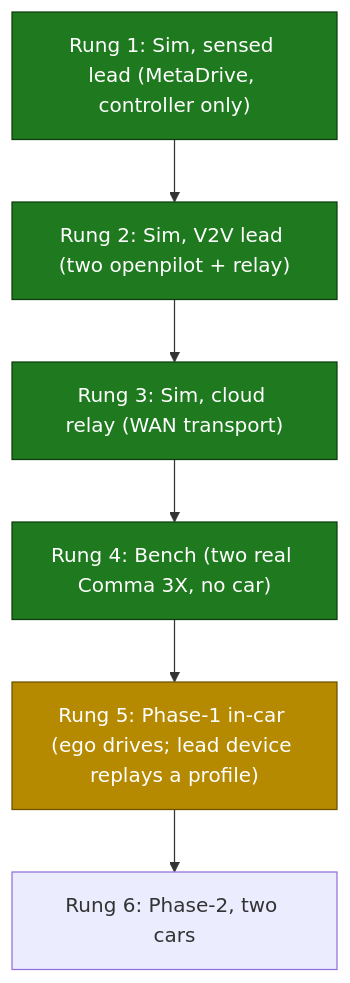
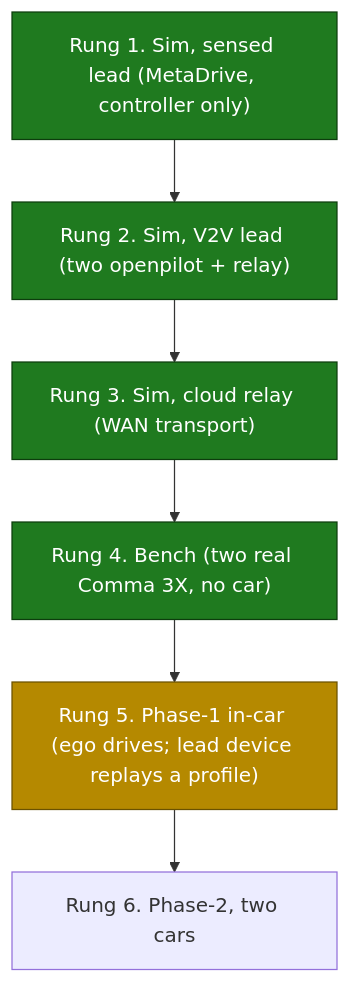
One commit to ethanmathias/portfolio changed the diagram in openpilot-hcc/README.md. Above: the diagram before and after it, drawn with Mermaid. The commit also changed other lines of this file and 3 other files, not shown here.

````diff
--- a/openpilot-hcc/README.md
+++ b/openpilot-hcc/README.md
@@ -36,14 +38,14 @@
 ```mermaid
 flowchart TB
-    R1["Rung 1: Sim, sensed lead (MetaDrive, controller only)"]
-    R2["Rung 2: Sim, V2V lead (two openpilot + relay)"]
-    R3["Rung 3: Sim, cloud relay (WAN transport)"]
-    R4["Rung 4: Bench (two real Comma 3X, no car)"]
-    R5["Rung 5: Phase-1 in-car (ego drives; lead device replays a profile)"]
-    R6["Rung 6: Phase-2, two cars"]
+    R1["Rung 1. Sim, sensed lead (MetaDrive, controller only)"]
+    R2["Rung 2. Sim, V2V lead (two openpilot + relay)"]
+    R3["Rung 3. Sim, cloud relay (WAN transport)"]
+    R4["Rung 4. Bench (two real Comma 3X, no car)"]
+    R5["Rung 5. Phase-1 in-car (ego drives; lead device replays a profile)"]
+    R6["Rung 6. Phase-2, two cars"]
     R1 --> R2 --> R3 --> R4 --> R5 --> R6
     classDef done fill:#1f7a1f,color:#fff,stroke:#0d3d0d;
     classDef next fill:#b58900,color:#fff,stroke:#6b5200;
     class R1,R2,R3,R4 done
     class R5 next
 ```
````
